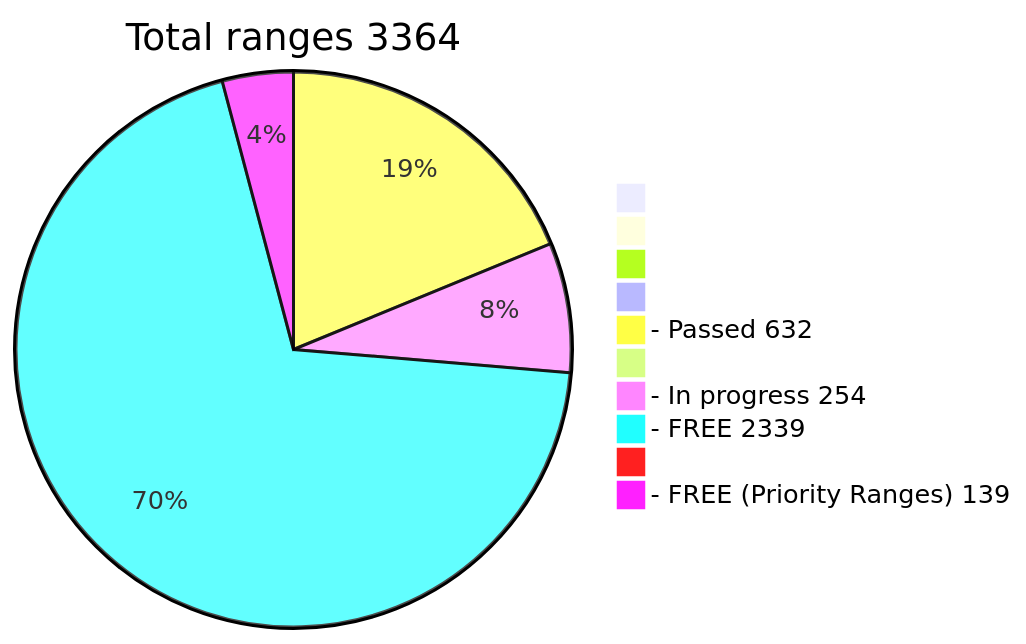
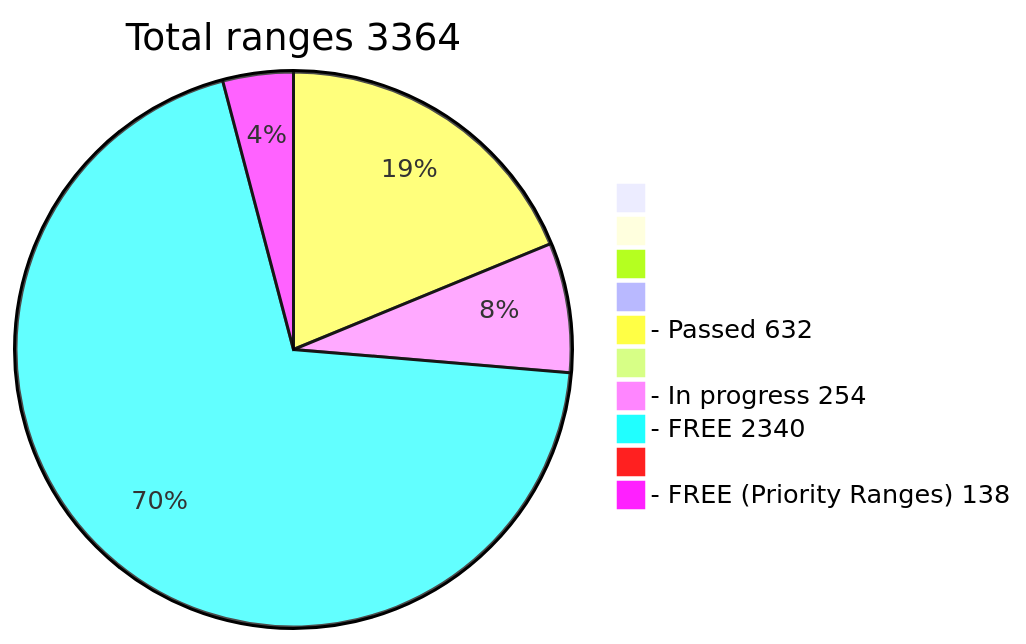
One commit to phrutis/wif500 changed the diagram in README.md. Above: the diagram before and after it, drawn with Mermaid.

````diff
--- a/README.md
+++ b/README.md
@@ -16,13 +16,13 @@
 ```mermaid
 pie title Total ranges 3364
              " " : 0
             "  " : 0
            "   " : 0
           "    " : 0
   "- Passed 632" : 632
          "     " : 0
   "- In progress 254" : 254
-   "- FREE 2339" : 2339
+   "- FREE 2340" : 2340
         "      " : 0
-  "- FREE (Priority Ranges) 139" : 139
+  "- FREE (Priority Ranges) 138" : 138
 ```
````
